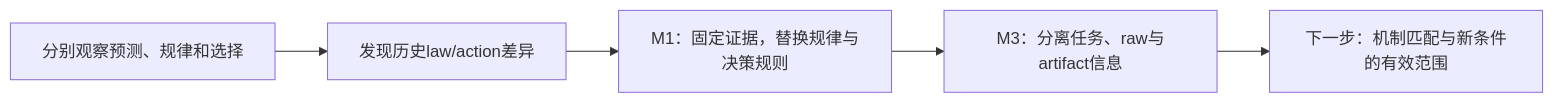
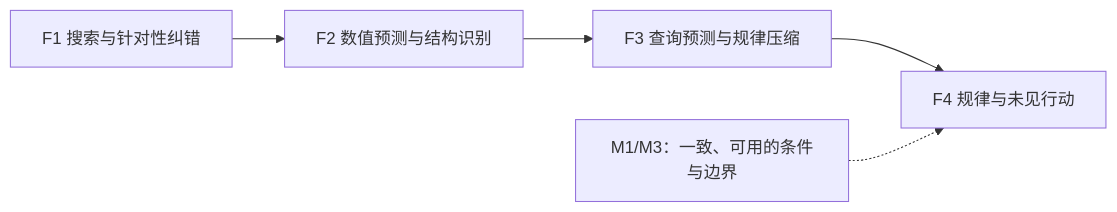
The diagram in paper/prior_discovery_story_zh.md (sunyrain/ChemWorld), drawn with Mermaid before and after one commit. The commit also changed other lines of this file and 6 other files, not shown here.

````diff
--- a/paper/prior_discovery_story_zh.md
+++ b/paper/prior_discovery_story_zh.md
@@ -109,7 +119,7 @@
 ```mermaid
 flowchart LR
-    A["分别观察预测、规律和选择"] --> B["发现历史law/action差异"]
-    B --> C["M1：固定证据，替换规律与决策规则"]
-    C --> D["M3：分离任务、raw与artifact信息"]
-    D --> E["下一步：机制匹配与新条件的有效范围"]
+    A["F1 搜索与针对性纠错"] --> B["F2 数值预测与结构识别"]
+    B --> C["F3 查询预测与规律压缩"]
+    C --> D["F4 规律与未见行动"]
+    E["M1/M3：一致、可用的条件与边界"] -.-> D
 ```
````
